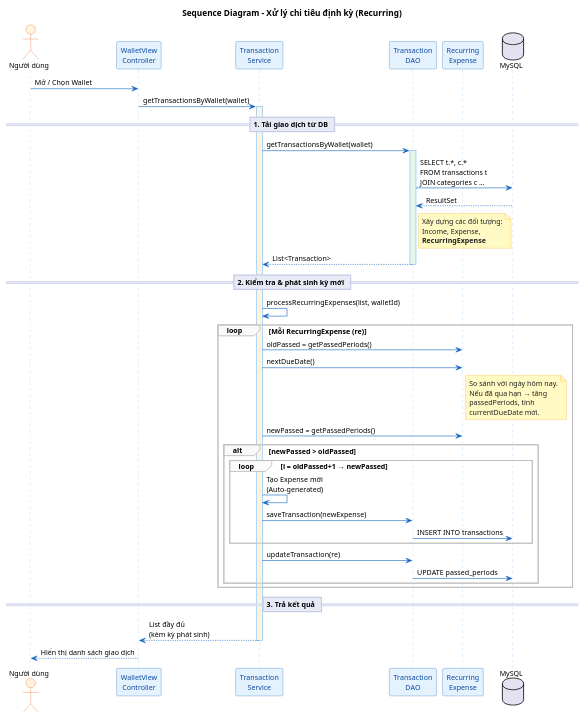
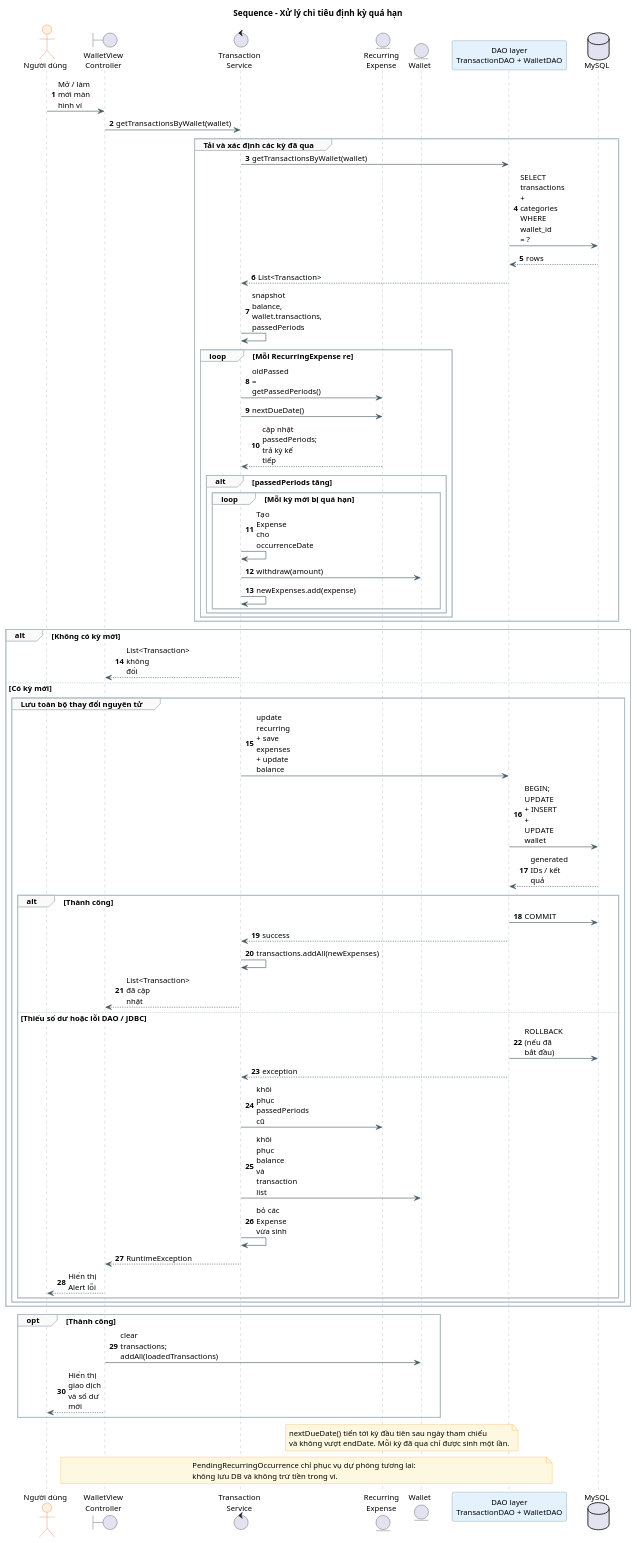
Before and after one commit to INT2204-80/OOP_Expenses_Manager: the diagram in docs/uml/Sequence_RecurringExpense.puml, drawn with PlantUML. The commit also changed 33 other files, not shown here.

```diff
--- a/docs/uml/Sequence_RecurringExpense.puml
+++ b/docs/uml/Sequence_RecurringExpense.puml
@@ -1,91 +1,101 @@
 @startuml Sequence_RecurringExpense
-' ====== CLEAN LIGHT THEME ======
+
 skinparam backgroundColor white
 skinparam defaultFontName "Segoe UI"
-skinparam defaultFontSize 12
+skinparam defaultFontSize 13
 skinparam shadowing false
-
+skinparam maxMessageSize 58
 skinparam sequence {
-    ArrowColor #1565C0
-    LifeLineBorderColor #90CAF9
-    LifeLineBackgroundColor #F5F5F5
-    ParticipantBorderColor #1565C0
+    ArrowColor #455A64
+    LifeLineBorderColor #90A4AE
+    LifeLineBackgroundColor #FAFAFA
+    ParticipantBorderColor #607D8B
     ParticipantBackgroundColor #E3F2FD
-    ParticipantFontColor #0D47A1
     ActorBorderColor #E65100
     ActorBackgroundColor #FFF3E0
-    DividerBackgroundColor #E8EAF6
-    DividerBorderColor #C5CAE9
     GroupBackgroundColor #FAFAFA
-    GroupBorderColor #BDBDBD
+    GroupBorderColor #B0BEC5
+    ParticipantPadding 20
 }
 skinparam note {
-    BackgroundColor #FFF9C4
+    BackgroundColor #FFF8E1
     BorderColor #F9A825
-    FontColor #212121
 }
 
-title Sequence Diagram – Xử lý chi tiêu định kỳ (Recurring)
+title Sequence - Xử lý chi tiêu định kỳ quá hạn
+autonumber
 
 actor "Người dùng" as User
-participant "WalletView\nController" as UI
-participant "Transaction\nService" as TS
-participant "Transaction\nDAO" as TDAO
-participant "Recurring\nExpense" as RE
+boundary "WalletView\nController" as Controller
+control "Transaction\nService" as Service
+entity "Recurring\nExpense" as Recurring
+entity "Wallet" as Wallet
+participant "DAO layer\nTransactionDAO + WalletDAO" as DAO
 database "MySQL" as DB
 
-User -> UI : Mở / Chọn Wallet
-UI -> TS : getTransactionsByWallet(wallet)
-activate TS #FFF3E0
+User -> Controller : Mở / làm mới màn hình ví
+Controller -> Service : getTransactionsByWallet(wallet)
 
-== 1. Tải giao dịch từ DB ==
+group Tải và xác định các kỳ đã qua
+    Service -> DAO : getTransactionsByWallet(wallet)
+    DAO -> DB : SELECT transactions + categories WHERE wallet_id = ?
+    DB --> DAO : rows
+    DAO --> Service : List<Transaction>
+    Service -> Service : snapshot balance, wallet.transactions, passedPeriods
 
-TS -> TDAO : getTransactionsByWallet(wallet)
-activate TDAO #E8F5E9
-TDAO -> DB : SELECT t.*, c.*\nFROM transactions t\nJOIN categories c ...
-DB --> TDAO : ResultSet
-note right of TDAO
-  Xây dựng các đối tượng:
-  Income, Expense,
-  **RecurringExpense**
-end note
-TDAO --> TS : List<Transaction>
-deactivate TDAO
+    loop Mỗi RecurringExpense re
+        Service -> Recurring : oldPassed = getPassedPeriods()
+        Service -> Recurring : nextDueDate()
+        Recurring --> Service : cập nhật passedPeriods; trả kỳ kế tiếp
 
-== 2. Kiểm tra & phát sinh kỳ mới ==
-
-TS -> TS : processRecurringExpenses(list, walletId)
-
-loop Mỗi RecurringExpense (re)
-
-    TS -> RE : oldPassed = getPassedPeriods()
-    TS -> RE : nextDueDate()
-    note right of RE
-      So sánh với ngày hôm nay.
-      Nếu đã qua hạn → tăng
-      passedPeriods, tính
-      currentDueDate mới.
-    end note
-    TS -> RE : newPassed = getPassedPeriods()
-
-    alt newPassed > oldPassed
-
-        loop i = oldPassed+1 → newPassed
-            TS -> TS : Tạo Expense mới\n(Auto-generated)
-            TS -> TDAO : saveTransaction(newExpense)
-            TDAO -> DB : INSERT INTO transactions
+        alt passedPeriods tăng
+            loop Mỗi kỳ mới bị quá hạn
+                Service -> Service : Tạo Expense cho occurrenceDate
+                Service -> Wallet : withdraw(amount)
+                Service -> Service : newExpenses.add(expense)
+            end
         end
-
-        TS -> TDAO : updateTransaction(re)
-        TDAO -> DB : UPDATE passed_periods
-
     end
 end
 
-== 3. Trả kết quả ==
+alt Không có kỳ mới
+    Service --> Controller : List<Transaction> không đổi
+else Có kỳ mới
+    group Lưu toàn bộ thay đổi nguyên tử
+        Service -> DAO : update recurring + save expenses + update balance
+        DAO -> DB : BEGIN; UPDATE + INSERT + UPDATE wallet
+        DB --> DAO : generated IDs / kết quả
 
-TS --> UI : List đầy đủ\n(kèm kỳ phát sinh)
-deactivate TS
-UI --> User : Hiển thị danh sách giao dịch
+        alt Thành công
+            DAO -> DB : COMMIT
+            DAO --> Service : success
+            Service -> Service : transactions.addAll(newExpenses)
+            Service --> Controller : List<Transaction> đã cập nhật
+        else Thiếu số dư hoặc lỗi DAO / JDBC
+            DAO -> DB : ROLLBACK (nếu đã bắt đầu)
+            DAO --> Service : exception
+            Service -> Recurring : khôi phục passedPeriods cũ
+            Service -> Wallet : khôi phục balance và transaction list
+            Service -> Service : bỏ các Expense vừa sinh
+            Service --> Controller : RuntimeException
+            Controller --> User : Hiển thị Alert lỗi
+        end
+    end
+end
+
+opt Thành công
+    Controller -> Wallet : clear transactions; addAll(loadedTransactions)
+    Controller --> User : Hiển thị giao dịch và số dư mới
+end
+
+note over Recurring, Wallet
+  nextDueDate() tiến tới kỳ đầu tiên sau ngày tham chiếu
+  và không vượt endDate. Mỗi kỳ đã qua chỉ được sinh một lần.
+end note
+
+note over Controller, DAO
+  PendingRecurringOccurrence chỉ phục vụ dự phóng tương lai:
+  không lưu DB và không trừ tiền trong ví.
+end note
 
 @enduml
```
